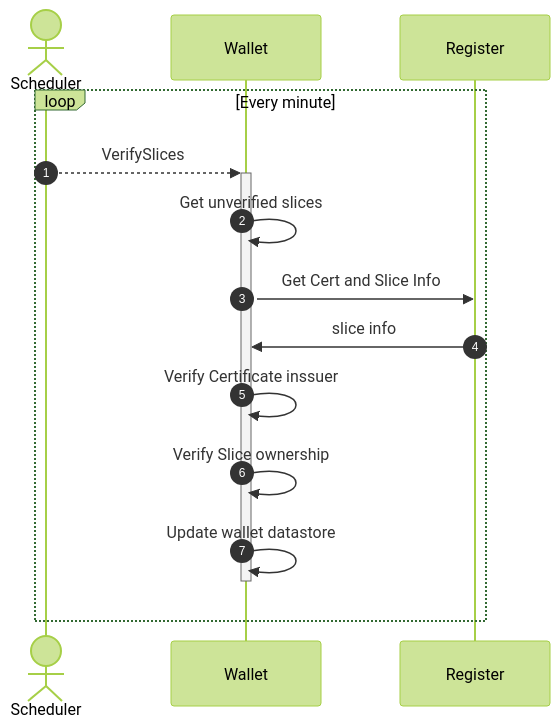
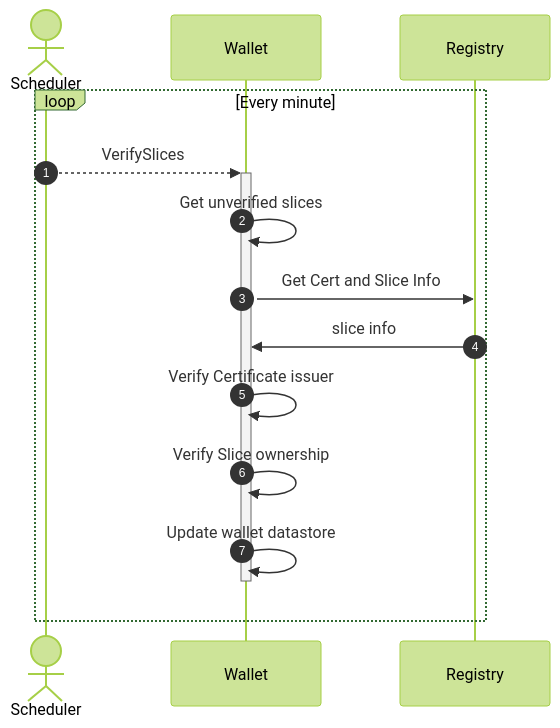
Before and after one commit to project-origin/wallet: the second of 2 diagrams in doc/flows/receive_slice.md, drawn with Mermaid (forest theme). The commit also changed other lines of this file, not shown here.

Commit message:
Apply suggestions from code review

````diff
--- a/doc/flows/receive_slice.md
+++ b/doc/flows/receive_slice.md
@@ -49,23 +49,23 @@
 ```mermaid
 sequenceDiagram
     autonumber
 
     actor sche as Scheduler
     participant wallet as Wallet
-    participant reg as Register
+    participant reg as Registry
 
     link wallet: Dashboard @ https://dashboard.contoso.com/alice
 
     loop Every minute
         sche -->>+ wallet: VerifySlices
 
         wallet ->> wallet: Get unverified slices
 
         wallet ->> reg: Get Cert and Slice Info
         reg ->> wallet: slice info
-        wallet ->> wallet: Verify Certificate inssuer
+        wallet ->> wallet: Verify Certificate issuer
         wallet ->> wallet: Verify Slice ownership
         wallet ->> wallet: Update wallet datastore
         deactivate wallet
     end
 ```
````
